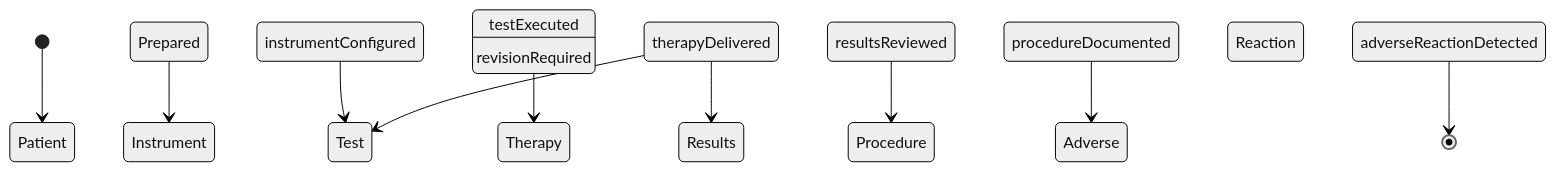
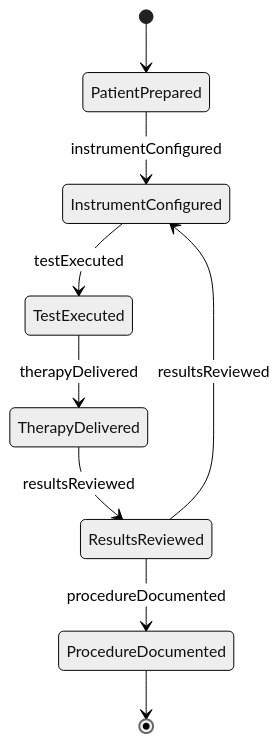
Before and after one commit to dot-org-ai/tasks.org.ai: the second of 4 diagrams in ControllingMachinesAndProcesses/OperateMedicalEquipment/OperateDiagnosticTherapeuticMedicalInstruments.mdx, drawn with Mermaid (neutral theme). The commit also changed other lines of this file and 515 other files, not shown here.

````diff
--- a/ControllingMachinesAndProcesses/OperateMedicalEquipment/OperateDiagnosticTherapeuticMedicalInstruments.mdx
+++ b/ControllingMachinesAndProcesses/OperateMedicalEquipment/OperateDiagnosticTherapeuticMedicalInstruments.mdx
@@ -98,12 +98,11 @@
 ```mermaid
 stateDiagram-v2
-    [*] --> Patient Prepared
-    Patient Prepared --> Instrument Configured : instrumentConfigured
-    Instrument Configured --> Test Executed : testExecuted
-    Test Executed --> Therapy Delivered : therapyDelivered
-    Therapy Delivered --> Results Reviewed : resultsReviewed
-    Results Reviewed --> Procedure Documented : procedureDocumented
-    Procedure Documented --> Adverse Reaction Detected : adverseReactionDetected
-    Therapy Delivered --> Test Executed : revisionRequired
-    Adverse Reaction Detected --> [*]
+    [*] --> PatientPrepared
+    PatientPrepared --> InstrumentConfigured : instrumentConfigured
+    InstrumentConfigured --> TestExecuted : testExecuted
+    TestExecuted --> TherapyDelivered : therapyDelivered
+    TherapyDelivered --> ResultsReviewed : resultsReviewed
+    ResultsReviewed --> ProcedureDocumented : procedureDocumented
+    ResultsReviewed --> InstrumentConfigured : resultsReviewed
+    ProcedureDocumented --> [*]
 ```
````
